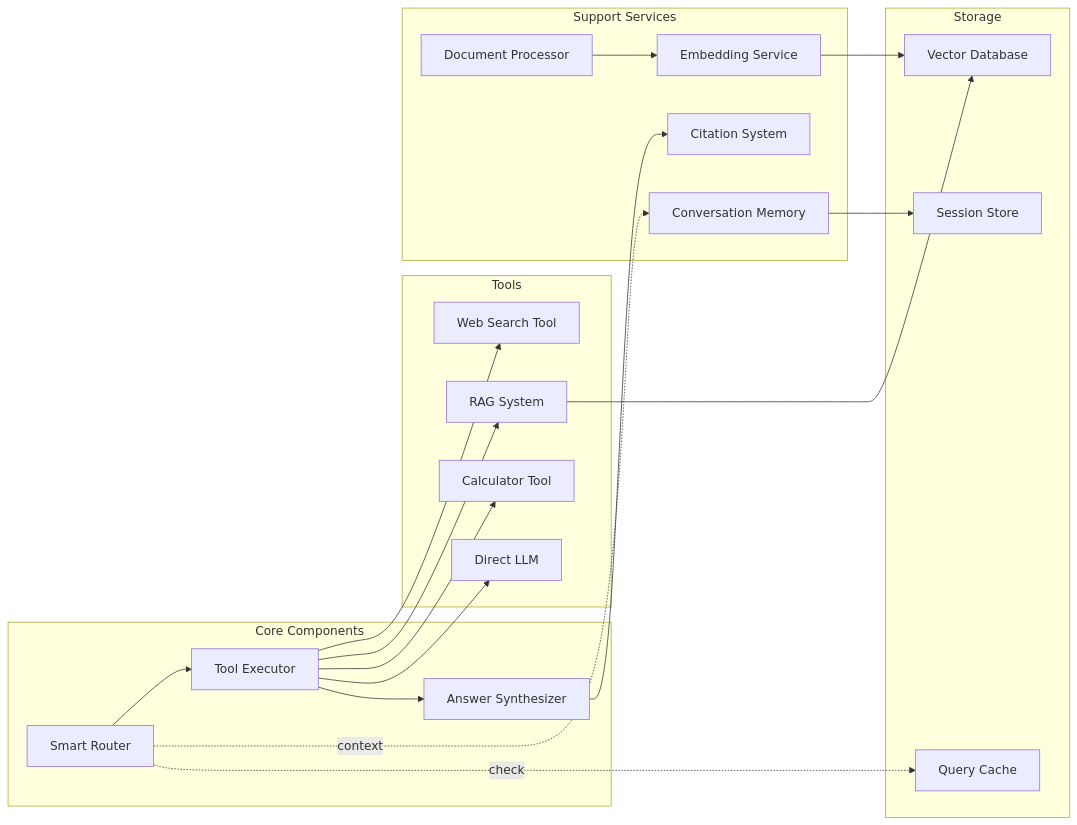
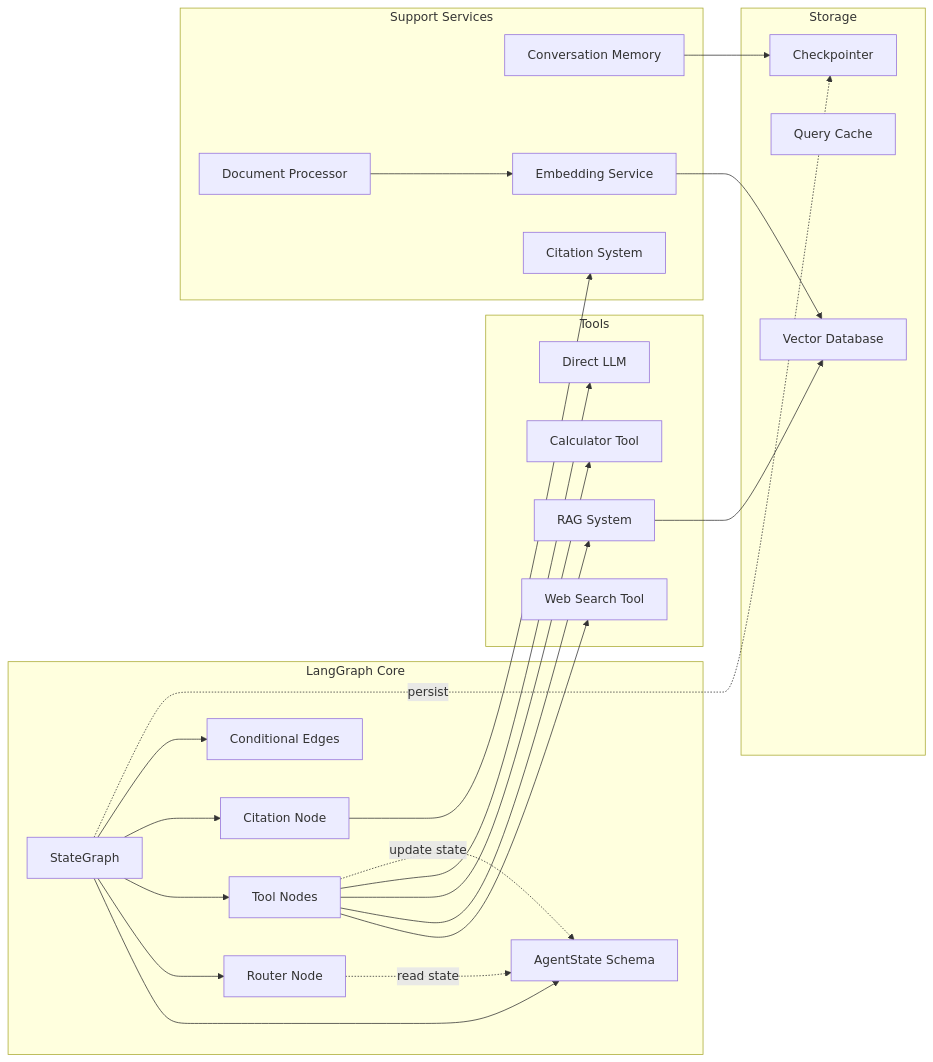
One commit to DTin01603/AI_project changed the third of 3 diagrams in Architecture/plans/research-agent/design.md. Above: the diagram before and after it, drawn with Mermaid. The commit also changed other lines of this file and 3 other files, not shown here.

````diff
--- a/Architecture/plans/research-agent/design.md
+++ b/Architecture/plans/research-agent/design.md
@@ -109,43 +157,51 @@
 ```mermaid
 graph LR
-    subgraph Core Components
-        SR[Smart Router]
-        TE[Tool Executor]
-        AS[Answer Synthesizer]
+    subgraph LangGraph Core
+        SG[StateGraph]
+        AS[AgentState Schema]
+        RN[Router Node]
+        TN[Tool Nodes]
+        CN[Citation Node]
+        CE[Conditional Edges]
     end
     
     subgraph Tools
         WST[Web Search Tool]
         RAGS[RAG System]
         CT[Calculator Tool]
         DLLM[Direct LLM]
     end
     
     subgraph Support Services
         CM[Conversation Memory]
         CS[Citation System]
         DP[Document Processor]
         ES[Embedding Service]
     end
     
     subgraph Storage
         VDB[Vector Database]
         Cache[Query Cache]
-        Session[Session Store]
+        CP[Checkpointer]
     end
     
-    SR --> TE
-    TE --> WST
-    TE --> RAGS
-    TE --> CT
-    TE --> DLLM
-    TE --> AS
-    AS --> CS
+    SG --> AS
+    SG --> RN
+    SG --> TN
+    SG --> CN
+    SG --> CE
     
-    CM --> Session
+    TN --> WST
+    TN --> RAGS
+    TN --> CT
+    TN --> DLLM
+    CN --> CS
+    
+    CM --> CP
     RAGS --> VDB
     DP --> ES
     ES --> VDB
-    SR -.->|context| CM
-    SR -.->|check| Cache
+    RN -.->|read state| AS
+    TN -.->|update state| AS
+    SG -.->|persist| CP
 ```
````
